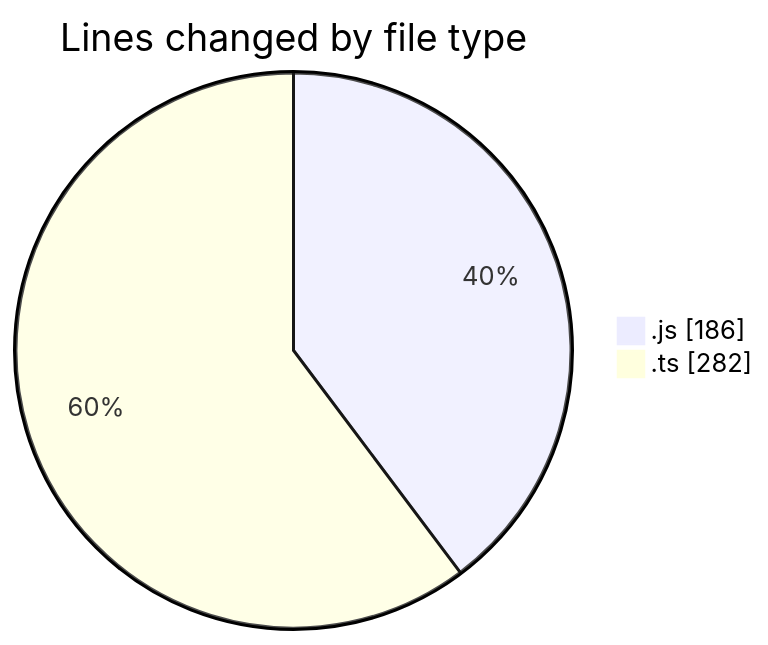
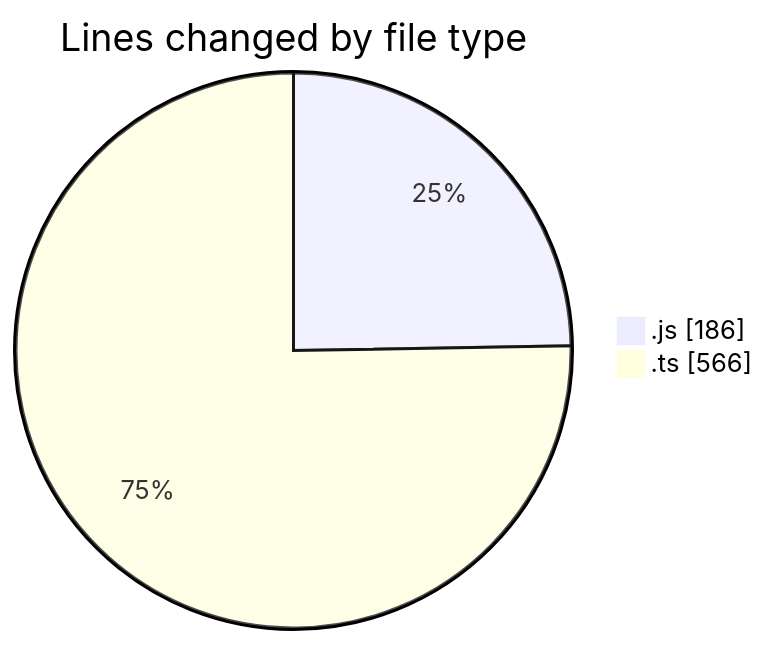
Before and after one commit to momahboobian/code-tracking: the first of 2 diagrams in 2025-05-29/cda/README.md, drawn with Mermaid. The commit also changed other lines of this file and 1 other file, not shown here.

````diff
--- a/2025-05-29/cda/README.md
+++ b/2025-05-29/cda/README.md
@@ -21,6 +21,6 @@
 ```mermaid
 pie showData
 title Lines changed by file type
 ".js" : 186
-".ts" : 282
+".ts" : 566
 ```
````
